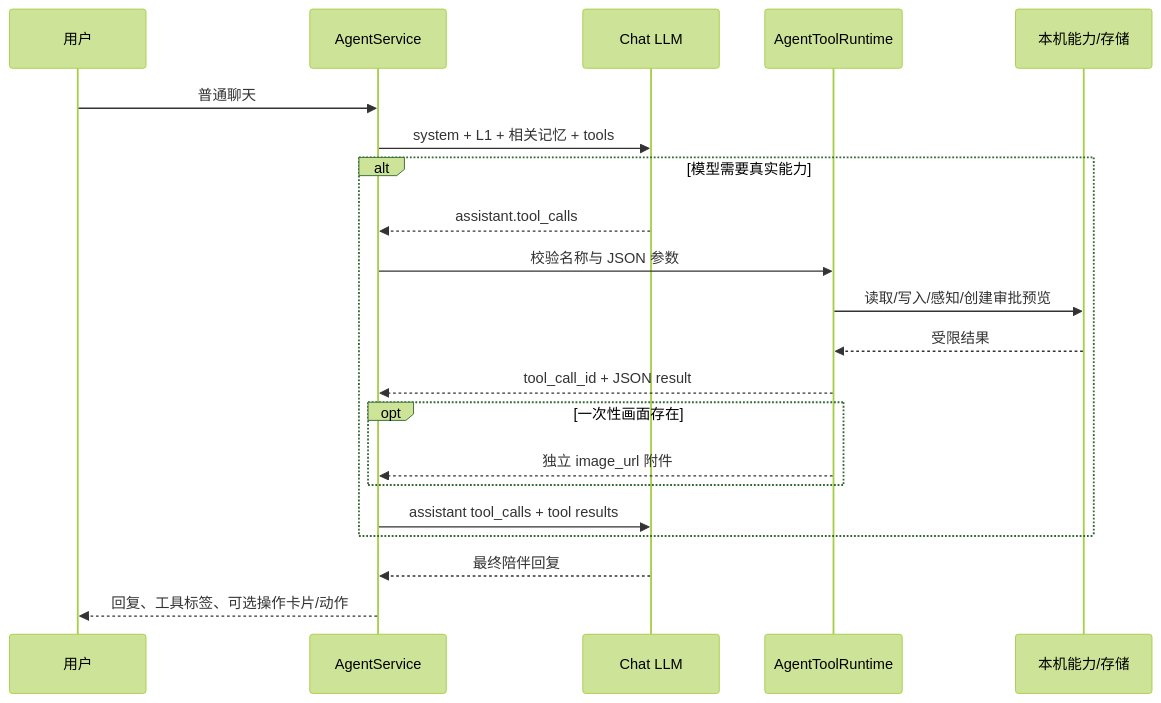
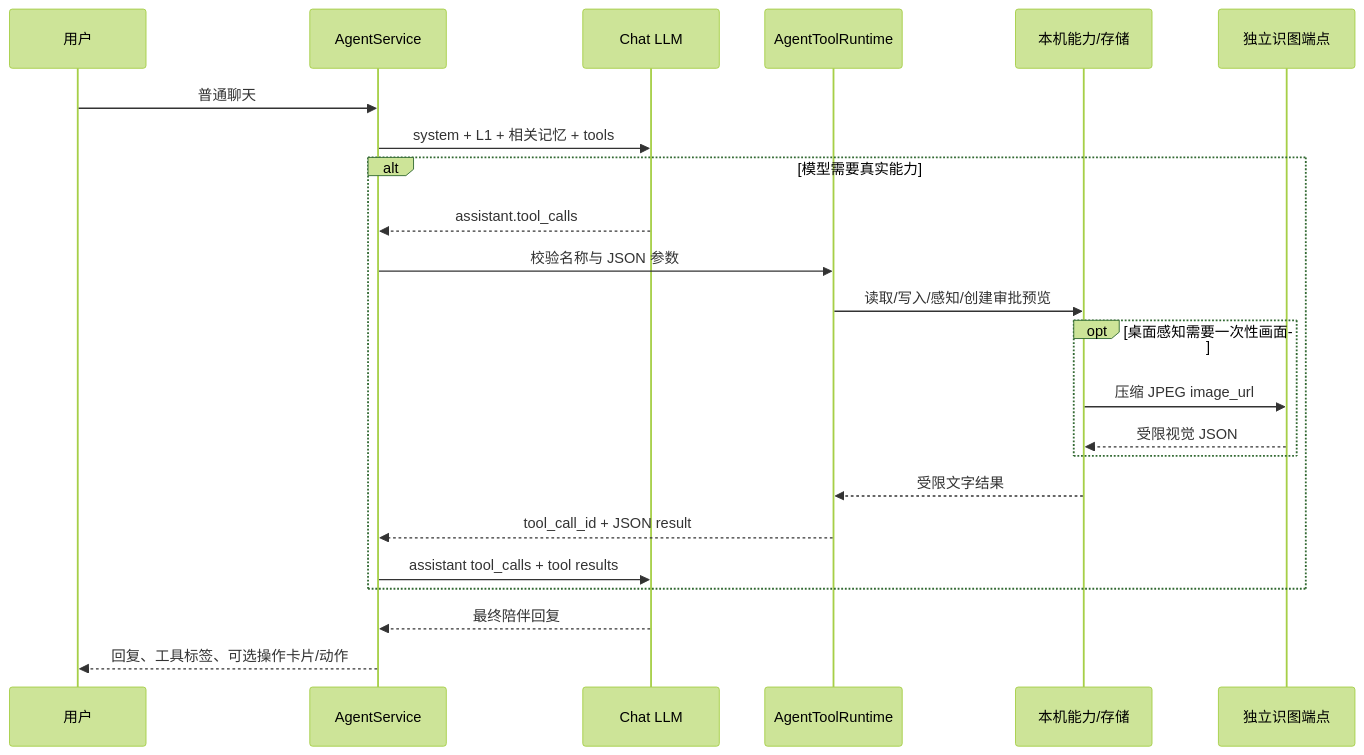
One commit to MonsterN58/memory-pet-agent changed the second of 6 diagrams in docs/ARCHITECTURE.md. Above: the diagram before and after it, drawn with Mermaid (forest theme). The commit also changed other lines of this file and 27 other files, not shown here.

````diff
--- a/docs/ARCHITECTURE.md
+++ b/docs/ARCHITECTURE.md
@@ -92,23 +95,25 @@
 ```mermaid
 sequenceDiagram
   participant U as 用户
   participant A as AgentService
   participant M as Chat LLM
   participant T as AgentToolRuntime
   participant C as 本机能力/存储
+  participant V as 独立识图端点
   U->>A: 普通聊天
   A->>M: system + L1 + 相关记忆 + tools
   alt 模型需要真实能力
     M-->>A: assistant.tool_calls
     A->>T: 校验名称与 JSON 参数
     T->>C: 读取/写入/感知/创建审批预览
-    C-->>T: 受限结果
+    opt 桌面感知需要一次性画面
+      C->>V: 压缩 JPEG image_url
+      V-->>C: 受限视觉 JSON
+    end
+    C-->>T: 受限文字结果
     T-->>A: tool_call_id + JSON result
-    opt 一次性画面存在
-      T-->>A: 独立 image_url 附件
-    end
     A->>M: assistant tool_calls + tool results
   end
   M-->>A: 最终陪伴回复
   A-->>U: 回复、工具标签、可选操作卡片/动作
 ```
````
